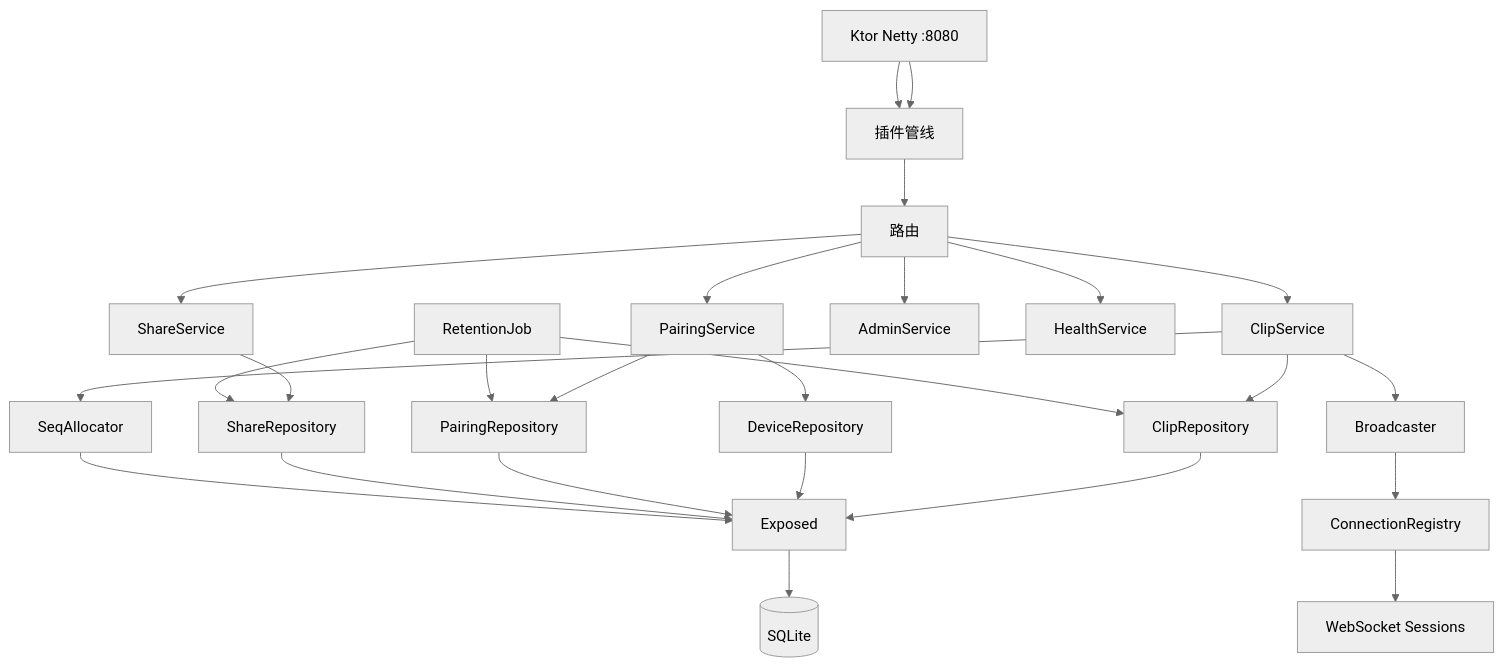
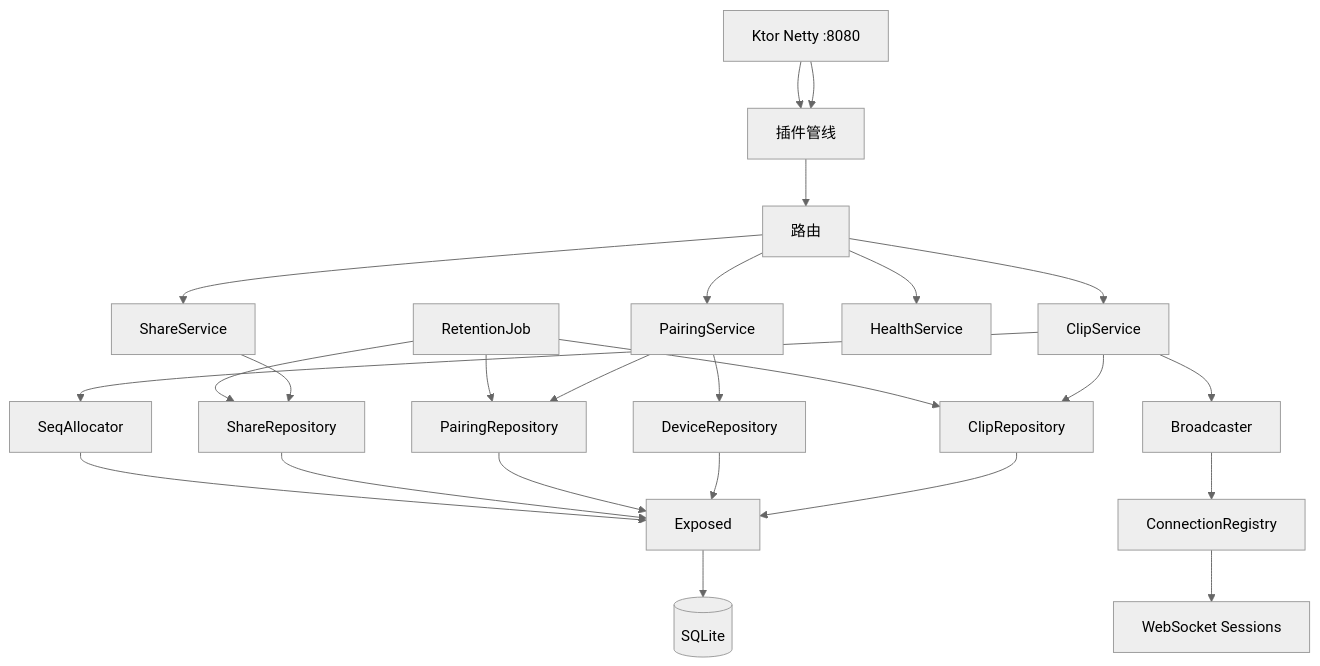
Before and after one commit to xingfengwxx/Clipbox: the second of 8 diagrams in docs/服务端技术架构.md, drawn with Mermaid (neutral theme). The commit also changed other lines of this file and 25 other files, not shown here.

````diff
--- a/docs/服务端技术架构.md
+++ b/docs/服务端技术架构.md
@@ -61,28 +61,27 @@
 ```mermaid
 flowchart TB
     Netty[Ktor Netty :8080] --> Plugins[插件管线]
     Netty --> Plugins[插件管线]
     Plugins --> Routes[路由]
     Routes --> Pair[PairingService]
     Routes --> Clips[ClipService]
     Routes --> Shares[ShareService]
-    Routes --> Admin[AdminService]
     Routes --> Health[HealthService]
     Clips --> ClipRepo[ClipRepository]
     Pair --> DeviceRepo[DeviceRepository]
     Pair --> PairingRepo[PairingRepository]
     Shares --> ShareRepo[ShareRepository]
     Clips --> Seq[SeqAllocator]
     ClipRepo --> Exposed[Exposed]
     DeviceRepo --> Exposed
     PairingRepo --> Exposed
     ShareRepo --> Exposed
     Seq --> Exposed
     Exposed --> SQLite[(SQLite)]
     Clips --> Broadcaster[Broadcaster]
     Broadcaster --> Registry[ConnectionRegistry]
     Registry --> WS[WebSocket Sessions]
     Cleanup[RetentionJob] --> ClipRepo
     Cleanup --> ShareRepo
     Cleanup --> PairingRepo
 ```
````
